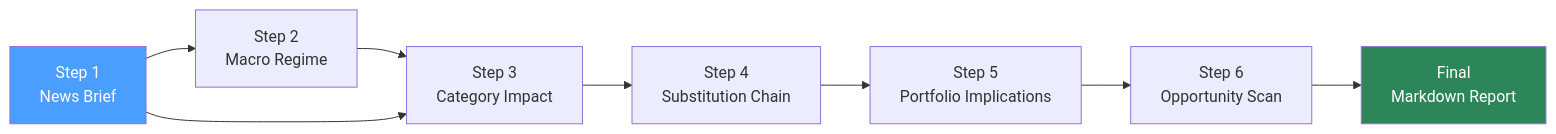
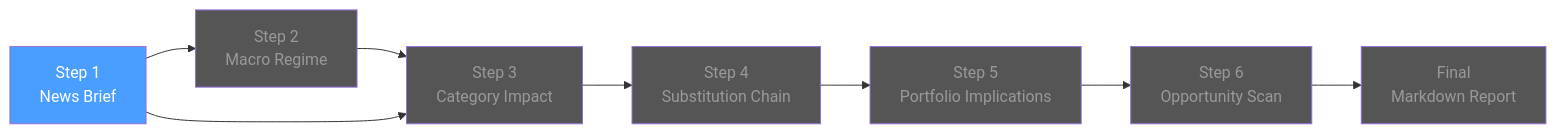
One commit to Muhomorik/KanelBulleKapital changed the diagram in FikaForecast/README.md. Above: the diagram before and after it, drawn with Mermaid. The commit also changed other lines of this file, not shown here.

Commit message:
Expand and reorganize README with detailed tech stack, architecture, features, and roadmap

````diff
--- a/FikaForecast/README.md
+++ b/FikaForecast/README.md
@@ -9,13 +63,18 @@
 ```mermaid
 flowchart LR
     S1[Step 1\nNews Brief] --> S2[Step 2\nMacro Regime]
     S2 --> S3[Step 3\nCategory Impact]
     S1 --> S3
     S3 --> S4[Step 4\nSubstitution Chain]
     S4 --> S5[Step 5\nPortfolio Implications]
     S5 --> S6[Step 6\nOpportunity Scan]
     S6 --> OUT[Final\nMarkdown Report]
 
     style S1 fill:#4a9eff,color:#fff
-    style OUT fill:#2d8659,color:#fff
+    style S2 fill:#555,color:#999
+    style S3 fill:#555,color:#999
+    style S4 fill:#555,color:#999
+    style S5 fill:#555,color:#999
+    style S6 fill:#555,color:#999
+    style OUT fill:#555,color:#999
 ```
````
